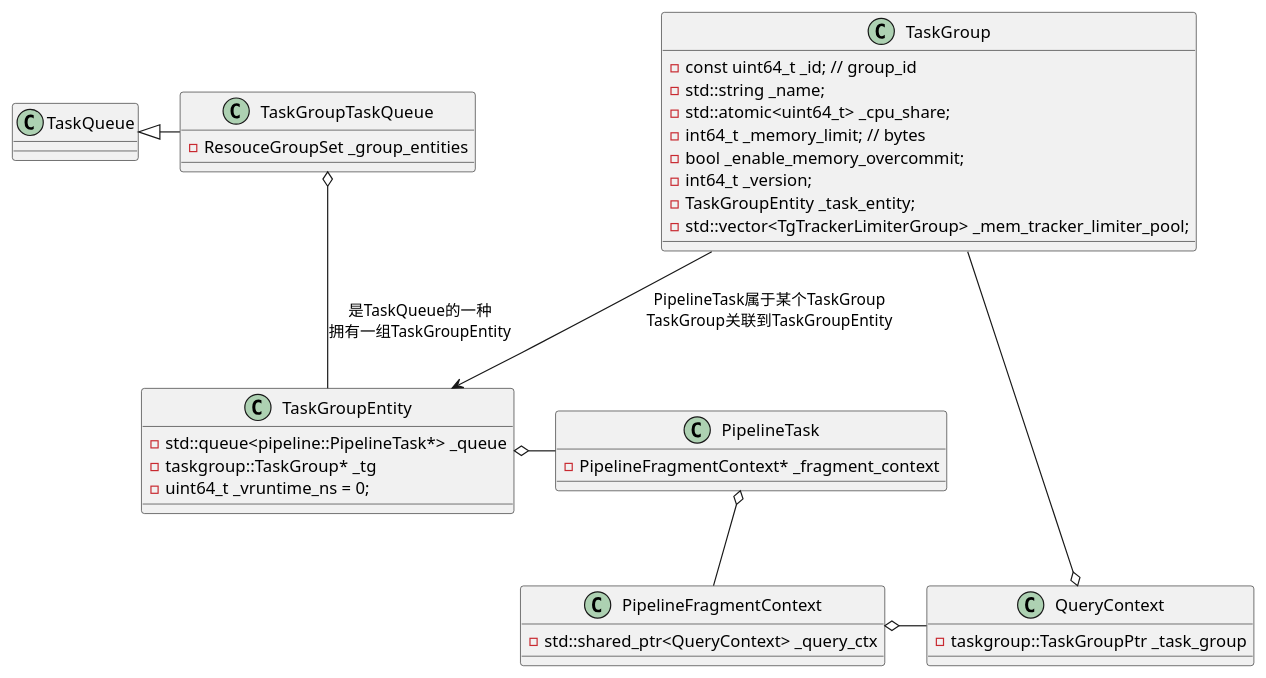
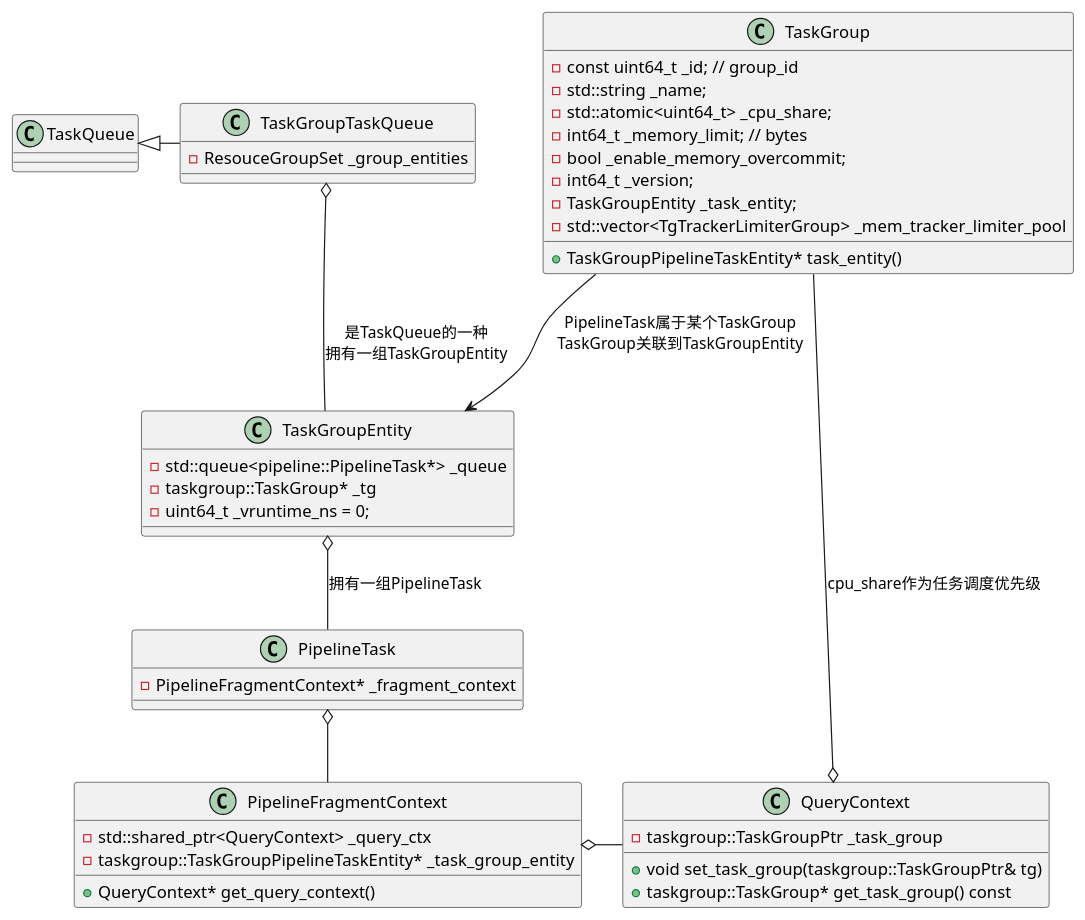
One commit to DepInjoy/geektime changed the eighth of 11 diagrams in doc/DB/Doris/SourceRead/11_03_Exec_Pipeline_TaskSchedule.md. Above: the diagram before and after it, drawn with PlantUML. The commit also changed other lines of this file, not shown here.

Commit message:
Doris Pipeline

````diff
--- a/doc/DB/Doris/SourceRead/11_03_Exec_Pipeline_TaskSchedule.md
+++ b/doc/DB/Doris/SourceRead/11_03_Exec_Pipeline_TaskSchedule.md
@@ -922,45 +935,52 @@
 ```plantuml
 @startuml
 class TaskGroupTaskQueue {
     - ResouceGroupSet _group_entities
 }
 
 class TaskGroupEntity {
 - std::queue<pipeline::PipelineTask*> _queue
 - taskgroup::TaskGroup* _tg
 - uint64_t _vruntime_ns = 0;
 }
 
 class PipelineTask {
     - PipelineFragmentContext* _fragment_context
 }
 
 class PipelineFragmentContext {
     - std::shared_ptr<QueryContext> _query_ctx
+    - taskgroup::TaskGroupPipelineTaskEntity* _task_group_entity
+
+    + QueryContext* get_query_context()
 }
 
 class QueryContext {
     - taskgroup::TaskGroupPtr _task_group
+    + void set_task_group(taskgroup::TaskGroupPtr& tg)
+    + taskgroup::TaskGroup* get_task_group() const
 }
 
 class TaskGroup {
     - const uint64_t _id; // group_id
     - std::string _name;
     - std::atomic<uint64_t> _cpu_share;
     - int64_t _memory_limit; // bytes
     - bool _enable_memory_overcommit;
     - int64_t _version;
     - TaskGroupEntity _task_entity;
-    - std::vector<TgTrackerLimiterGroup> _mem_tracker_limiter_pool;
+    - std::vector<TgTrackerLimiterGroup> _mem_tracker_limiter_pool
+
+    + TaskGroupPipelineTaskEntity* task_entity()
 }
 
 TaskGroupTaskQueue -left-|> TaskQueue
 
 TaskGroupEntity -up-o TaskGroupTaskQueue : 是TaskQueue的一种\n拥有一组TaskGroupEntity
-PipelineTask -left-o TaskGroupEntity
+PipelineTask -up-o TaskGroupEntity : 拥有一组PipelineTask
 PipelineFragmentContext -up-o PipelineTask
 QueryContext -left-o PipelineFragmentContext
-TaskGroup -down-o QueryContext
+TaskGroup -down-o QueryContext : cpu_share作为任务调度优先级
 TaskGroup --> TaskGroupEntity : PipelineTask属于某个TaskGroup\nTaskGroup关联到TaskGroupEntity\n
 @enduml
 ```
````
